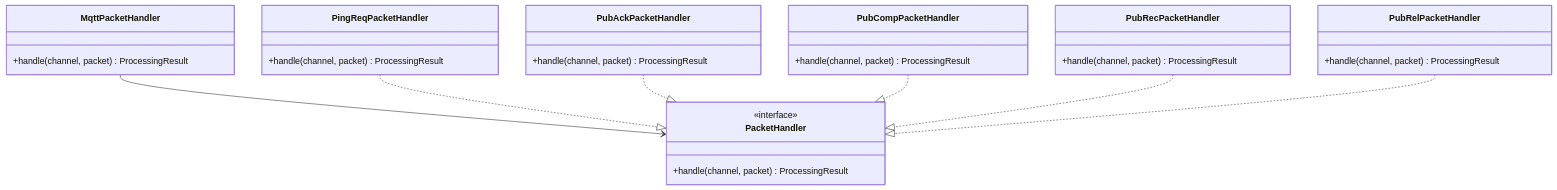
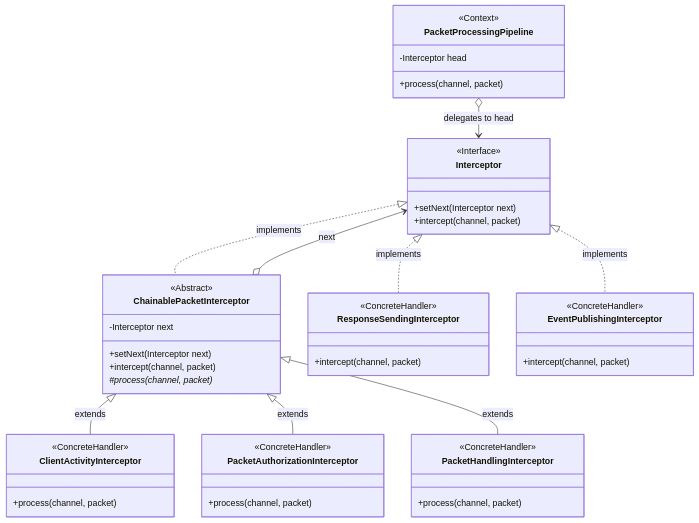
Before and after one commit to karolbystrek/mqtt-broker: the eighth of 14 diagrams in README.md, drawn with Mermaid. The commit also changed other lines of this file, not shown here.

````diff
--- a/README.md
+++ b/README.md
@@ -293,34 +501,67 @@
 ```mermaid
 classDiagram
-    class MqttPacketHandler {
-        +handle(channel, packet) ProcessingResult
+    %% --- Core Components ---
+    class PacketProcessingPipeline {
+        <<Context>>
+        -Interceptor head
+        +process(channel, packet)
     }
-    class PacketHandler {
-        <<interface>>
-        +handle(channel, packet) ProcessingResult
+
+    class Interceptor {
+        <<Interface>>
+        <<Handler>>
+        +setNext(Interceptor next)
+        +intercept(channel, packet)
     }
-    class PingReqPacketHandler {
-        +handle(channel, packet) ProcessingResult
+
+    class ChainablePacketInterceptor {
+        <<Abstract>>
+        <<BaseHandler>>
+        -Interceptor next
+        +setNext(Interceptor next)
+        +intercept(channel, packet)
+        #process(channel, packet)*
     }
-    class PubAckPacketHandler {
-        +handle(channel, packet) ProcessingResult
+
+    %% --- Direct Implementations (Wrappers) ---
+    class ResponseSendingInterceptor {
+        <<ConcreteHandler>>
+        +intercept(channel, packet)
     }
-    class PubCompPacketHandler {
-        +handle(channel, packet) ProcessingResult
+    class EventPublishingInterceptor {
+        <<ConcreteHandler>>
+        +intercept(channel, packet)
     }
-    class PubRecPacketHandler {
-        +handle(channel, packet) ProcessingResult
+
+    %% --- Chainable Implementations (Filters) ---
+    class ClientActivityInterceptor {
+        <<ConcreteHandler>>
+        +process(channel, packet)
     }
-    class PubRelPacketHandler {
-        +handle(channel, packet) ProcessingResult
+    class PacketAuthorizationInterceptor {
+        <<ConcreteHandler>>
+        +process(channel, packet)
     }
+    class PacketHandlingInterceptor {
+        <<ConcreteHandler>>
+        +process(channel, packet)
+    }
+
+    %% --- Relationships ---
     
-    MqttPacketHandler --> PacketHandler
+    %% Context Delegates
+    PacketProcessingPipeline o--> Interceptor : delegates to head
 
-    PingReqPacketHandler ..|> PacketHandler
-    PubAckPacketHandler ..|> PacketHandler
-    PubCompPacketHandler ..|> PacketHandler
-    PubRecPacketHandler ..|> PacketHandler
-    PubRelPacketHandler ..|> PacketHandler
+    %% Interface Realization
+    Interceptor <|.. ChainablePacketInterceptor : implements
+    Interceptor <|.. ResponseSendingInterceptor : implements
+    Interceptor <|.. EventPublishingInterceptor : implements
 
+    %% Inheritance (Base Implementation)
+    ChainablePacketInterceptor <|-- ClientActivityInterceptor : extends
+    ChainablePacketInterceptor <|-- PacketAuthorizationInterceptor : extends
+    ChainablePacketInterceptor <|-- PacketHandlingInterceptor : extends
+    
+    %% Chain Linkage
+    ChainablePacketInterceptor o--> Interceptor : next
 ```
````
